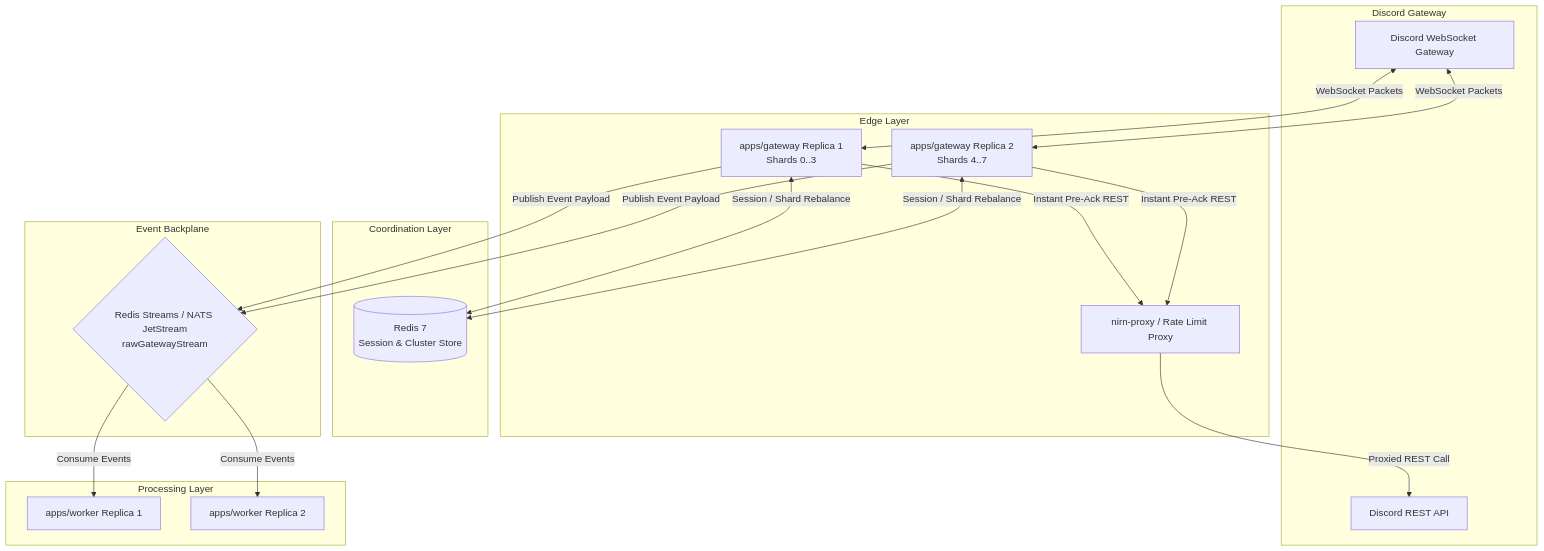
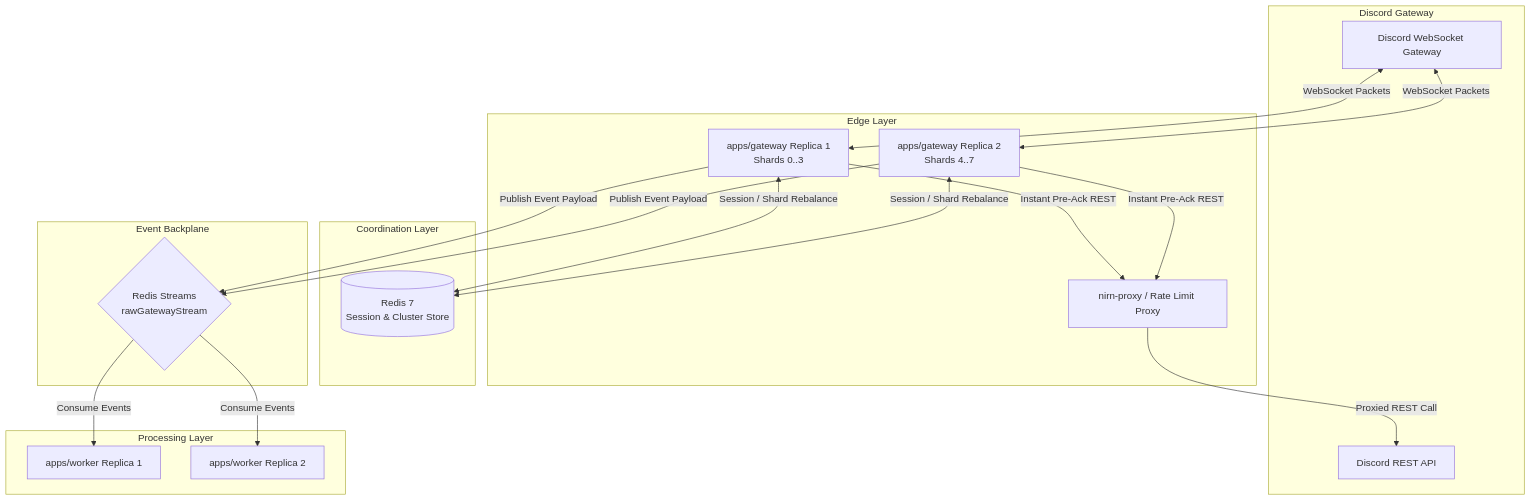
Before and after one commit to lumi-devs/Lumi: the diagram in apps/gateway/README.md, drawn with Mermaid. The commit also changed other lines of this file and 4 other files, not shown here.

````diff
--- a/apps/gateway/README.md
+++ b/apps/gateway/README.md
@@ -46,42 +46,42 @@
 ```mermaid
 flowchart TD
     subgraph Discord Gateway
         WS[Discord WebSocket Gateway]
         REST[Discord REST API]
     end
 
     subgraph Edge Layer
         NP[nirn-proxy / Rate Limit Proxy]
         GW1[apps/gateway Replica 1<br/>Shards 0..3]
         GW2[apps/gateway Replica 2<br/>Shards 4..7]
     end
 
     subgraph Coordination Layer
         RDB[(Redis 7<br/>Session & Cluster Store)]
     end
 
     subgraph Event Backplane
-        EB{Redis Streams / NATS JetStream<br/>rawGatewayStream}
+        EB{Redis Streams<br/>rawGatewayStream}
     end
 
     subgraph Processing Layer
         W1[apps/worker Replica 1]
         W2[apps/worker Replica 2]
     end
 
     WS <-->|WebSocket Packets| GW1
     WS <-->|WebSocket Packets| GW2
 
     GW1 <-->|Session / Shard Rebalance| RDB
     GW2 <-->|Session / Shard Rebalance| RDB
 
     GW1 -->|Instant Pre-Ack REST| NP
     GW2 -->|Instant Pre-Ack REST| NP
     NP -->|Proxied REST Call| REST
 
     GW1 -->|Publish Event Payload| EB
     GW2 -->|Publish Event Payload| EB
 
     EB -->|Consume Events| W1
     EB -->|Consume Events| W2
 ```
````
